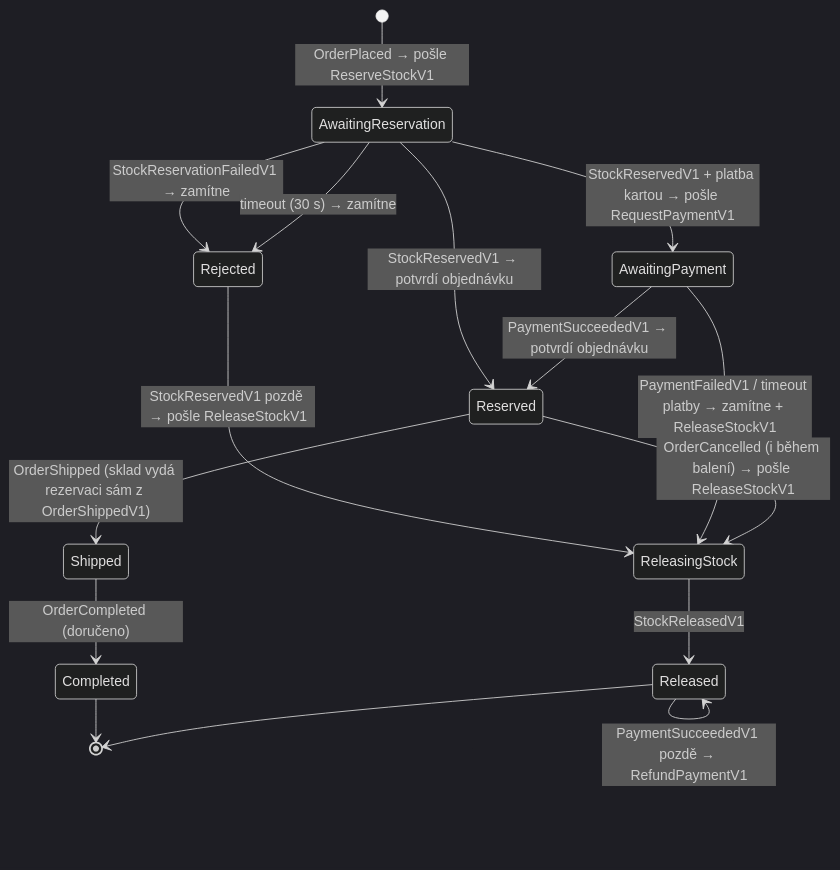
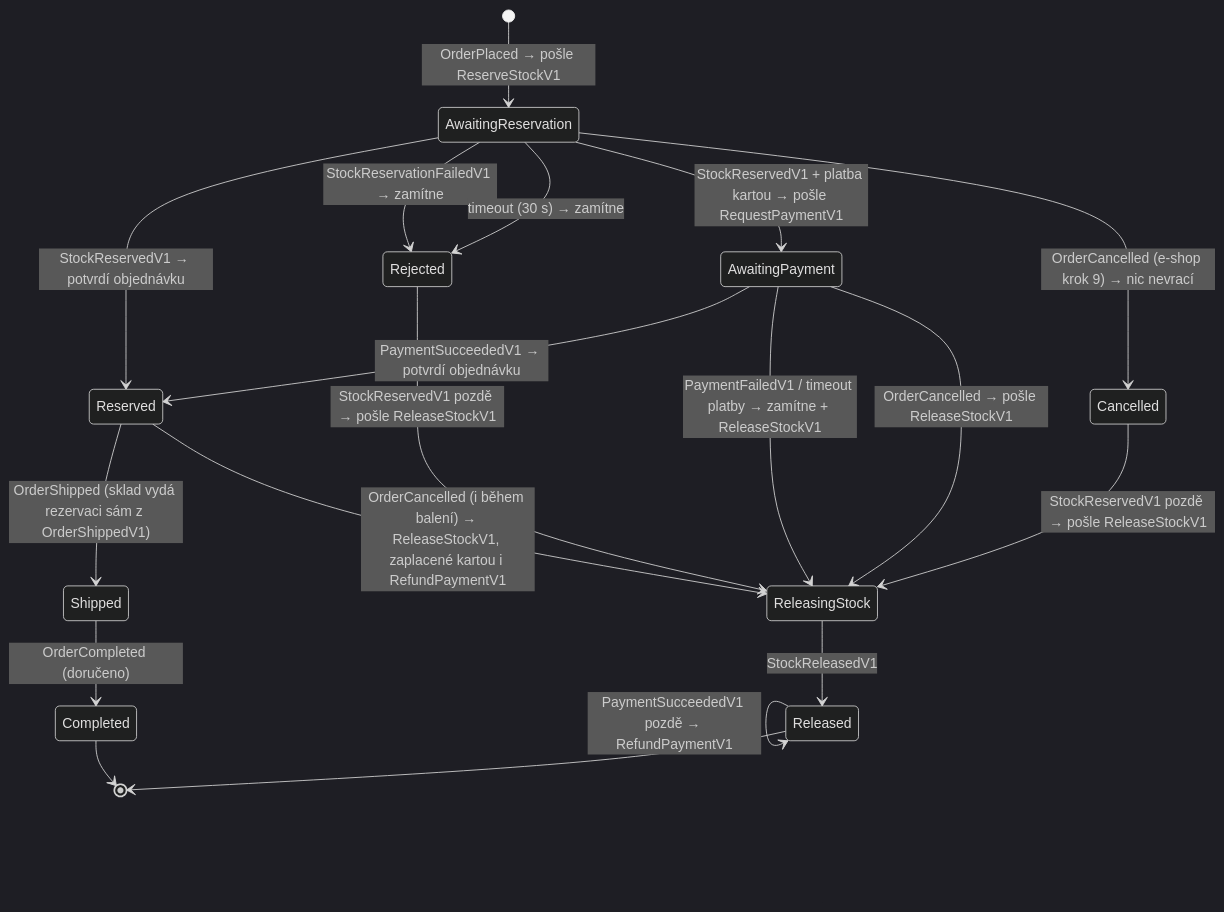
The second of 2 diagrams in docs/prirucka/architektura/stavove-diagramy.md (ftichy/MiniShop), drawn with Mermaid (dark theme) before and after one commit. The commit also changed other lines of this file and 25 other files, not shown here.

````diff
--- a/docs/prirucka/architektura/stavove-diagramy.md
+++ b/docs/prirucka/architektura/stavove-diagramy.md
@@ -65,18 +67,21 @@
 ```mermaid
 stateDiagram-v2
     [*] --> AwaitingReservation : OrderPlaced → pošle ReserveStockV1
     AwaitingReservation --> Reserved : StockReservedV1 → potvrdí objednávku
     AwaitingReservation --> Rejected : StockReservationFailedV1 → zamítne
     AwaitingReservation --> Rejected : timeout (30 s) → zamítne
     Rejected --> ReleasingStock : StockReservedV1 pozdě → pošle ReleaseStockV1
     AwaitingReservation --> AwaitingPayment : StockReservedV1 + platba kartou → pošle RequestPaymentV1
     AwaitingPayment --> Reserved : PaymentSucceededV1 → potvrdí objednávku
     AwaitingPayment --> ReleasingStock : PaymentFailedV1 / timeout platby → zamítne + ReleaseStockV1
     Released --> Released : PaymentSucceededV1 pozdě → RefundPaymentV1
     Reserved --> Shipped : OrderShipped (sklad vydá rezervaci sám z OrderShippedV1)
     Shipped --> Completed : OrderCompleted (doručeno)
-    Reserved --> ReleasingStock : OrderCancelled (i během balení) → pošle ReleaseStockV1
+    Reserved --> ReleasingStock : OrderCancelled (i během balení) → ReleaseStockV1, zaplacené kartou i RefundPaymentV1
+    AwaitingReservation --> Cancelled : OrderCancelled (e-shop krok 9) → nic nevrací
+    Cancelled --> ReleasingStock : StockReservedV1 pozdě → pošle ReleaseStockV1
+    AwaitingPayment --> ReleasingStock : OrderCancelled → pošle ReleaseStockV1
     ReleasingStock --> Released : StockReleasedV1
     Completed --> [*]
     Released --> [*]
 ```
````
